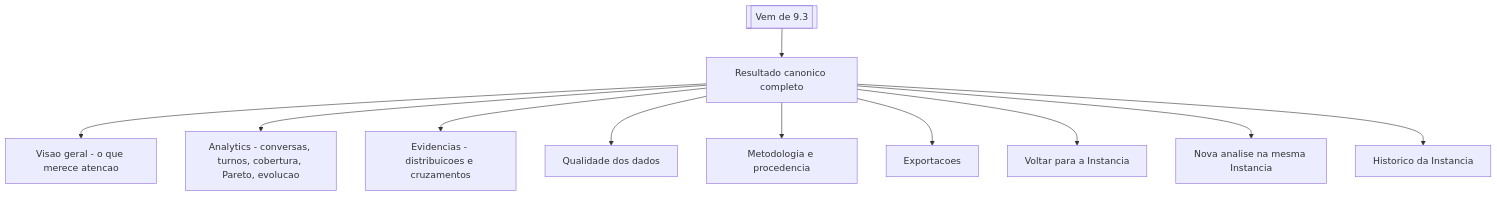
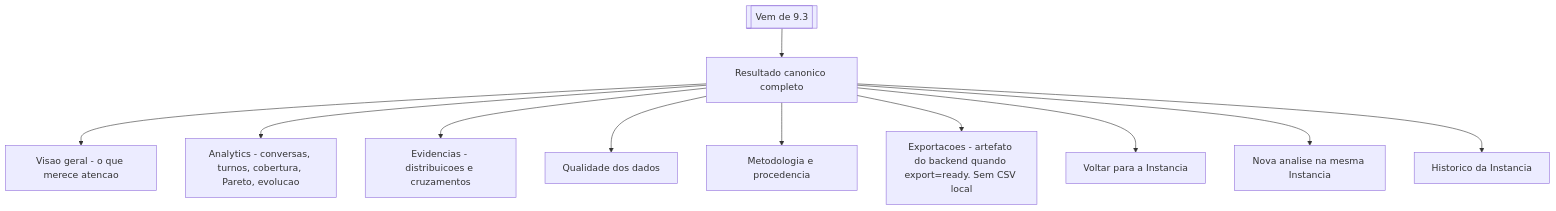
The fifth of 5 diagrams in docs/DISCOVERY-FRONT-EXPERIENCE.md (eduardosampaio1/sentinela-front), drawn with Mermaid before and after one commit. The commit also changed other lines of this file, not shown here.

````diff
--- a/docs/DISCOVERY-FRONT-EXPERIENCE.md
+++ b/docs/DISCOVERY-FRONT-EXPERIENCE.md
@@ -700,14 +706,14 @@
 ```mermaid
 flowchart TD
     IN[[Vem de 9.3]] --> RES[Resultado canonico completo]
     RES --> H1[Visao geral - o que merece atencao]
     RES --> H2[Analytics - conversas, turnos, cobertura, Pareto, evolucao]
     RES --> H3[Evidencias - distribuicoes e cruzamentos]
     RES --> H4[Qualidade dos dados]
     RES --> H5[Metodologia e procedencia]
-    RES --> H6[Exportacoes]
+    RES --> H6[Exportacoes - artefato do backend quando export=ready. Sem CSV local]
 
     RES --> BACK[Voltar para a Instancia]
     RES --> NEW2[Nova analise na mesma Instancia]
     RES --> HIST[Historico da Instancia]
 ```
````
